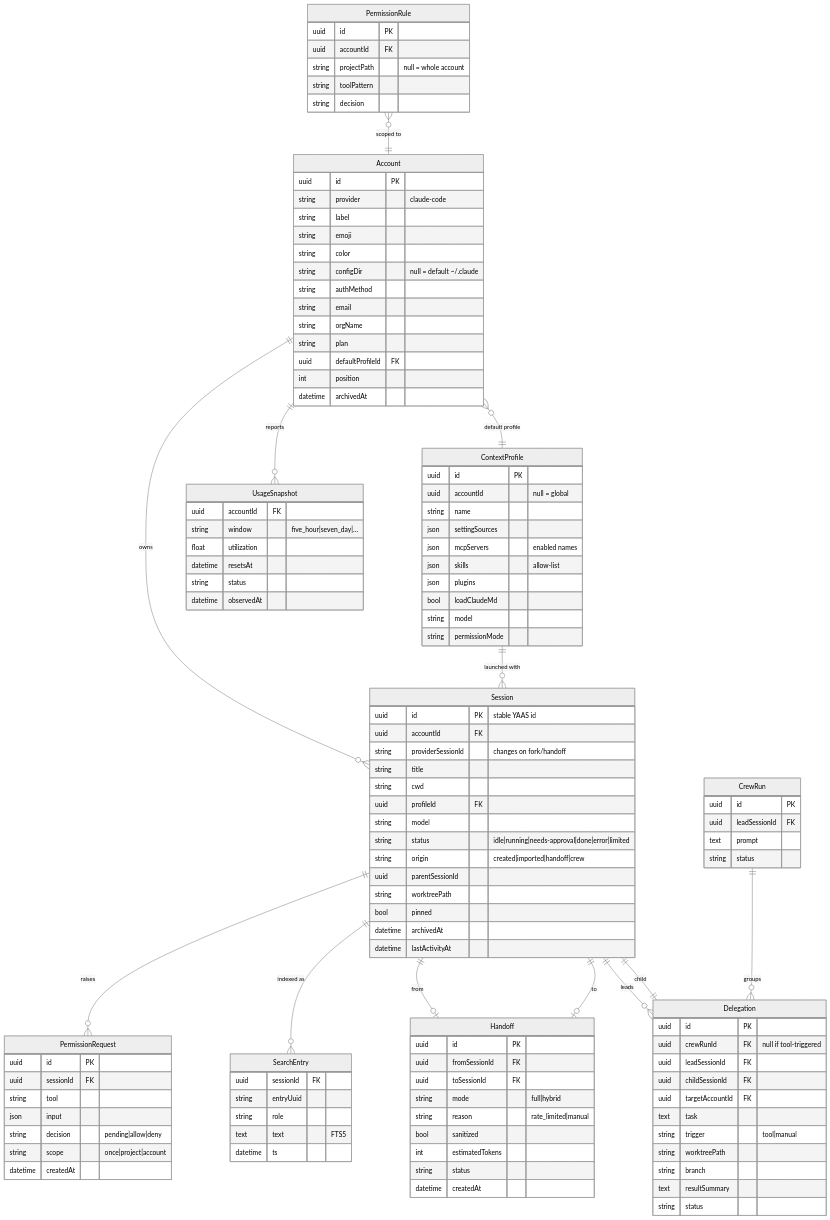
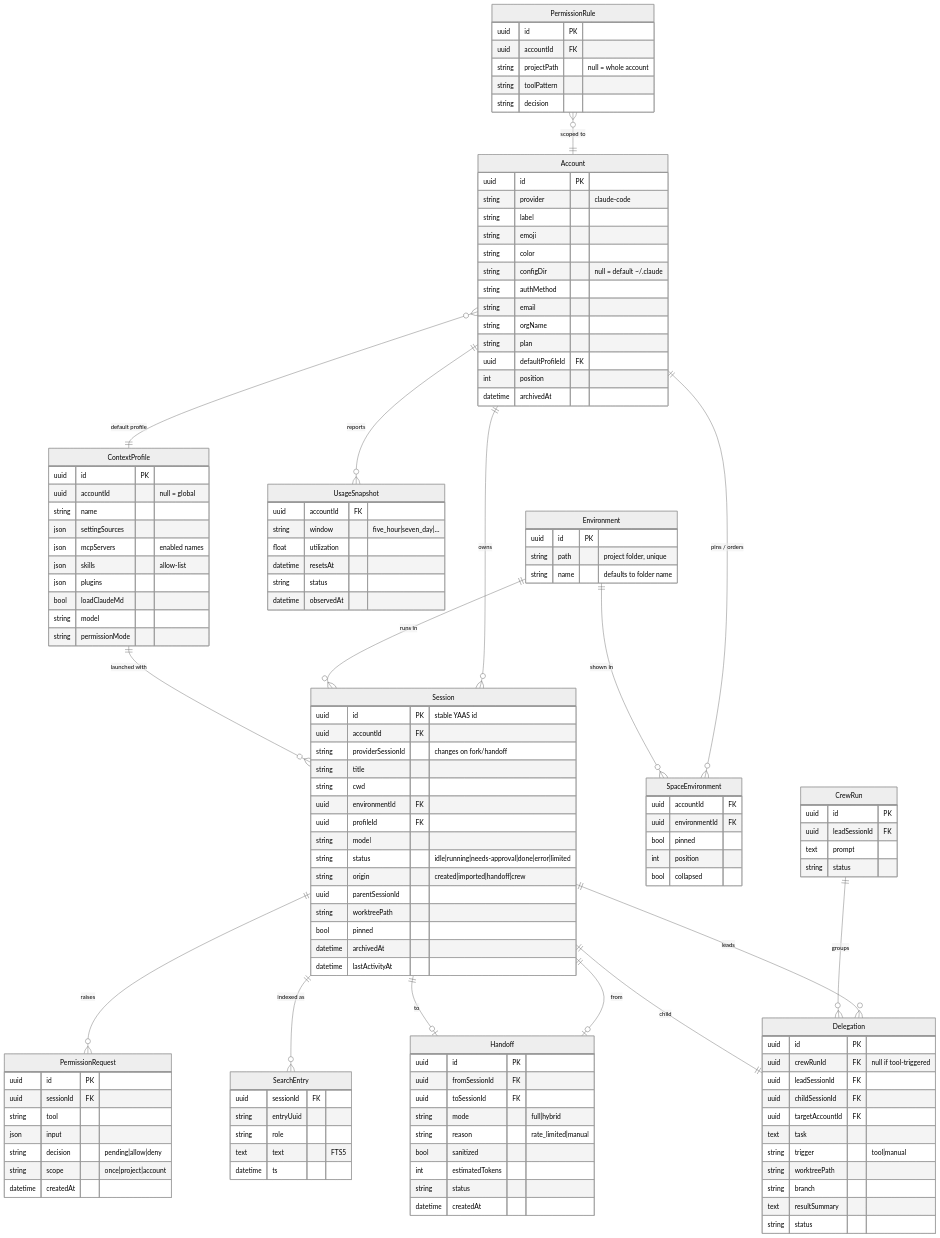
Before and after one commit to T0MMMMM/Yaas: the second of 3 diagrams in docs/ARCHITECTURE.md, drawn with Mermaid (neutral theme). The commit also changed other lines of this file and 2 other files, not shown here.

Commit message:
docs(design): rework onboarding, sidebar environments and switcher
Onboarding becomes a full-window page (logo intro, visual setup,
technical setup). Sessions are grouped by environment (project folder)
with pinned environments and sessions, a context indicator, and a
centered space switcher (icons or dots). Add the Environment entity.

````diff
--- a/docs/ARCHITECTURE.md
+++ b/docs/ARCHITECTURE.md
@@ -146,6 +146,9 @@
 ```mermaid
 erDiagram
   Account ||--o{ Session : owns
+  Environment ||--o{ Session : "runs in"
+  Account ||--o{ SpaceEnvironment : "pins / orders"
+  Environment ||--o{ SpaceEnvironment : "shown in" 
   Account ||--o{ UsageSnapshot : reports
   Account }o--|| ContextProfile : "default profile"
   ContextProfile ||--o{ Session : "launched with"
@@ -173,6 +176,18 @@
     int position
     datetime archivedAt
   }
+  Environment {
+    uuid id PK
+    string path "project folder, unique"
+    string name "defaults to folder name"
+  }
+  SpaceEnvironment {
+    uuid accountId FK
+    uuid environmentId FK
+    bool pinned
+    int position
+    bool collapsed
+  }
   ContextProfile {
     uuid id PK
     uuid accountId "null = global"
@@ -191,6 +206,7 @@
     string providerSessionId "changes on fork/handoff"
     string title
     string cwd
+    uuid environmentId FK
     uuid profileId FK
     string model
     string status "idle|running|needs-approval|done|error|limited"
````
